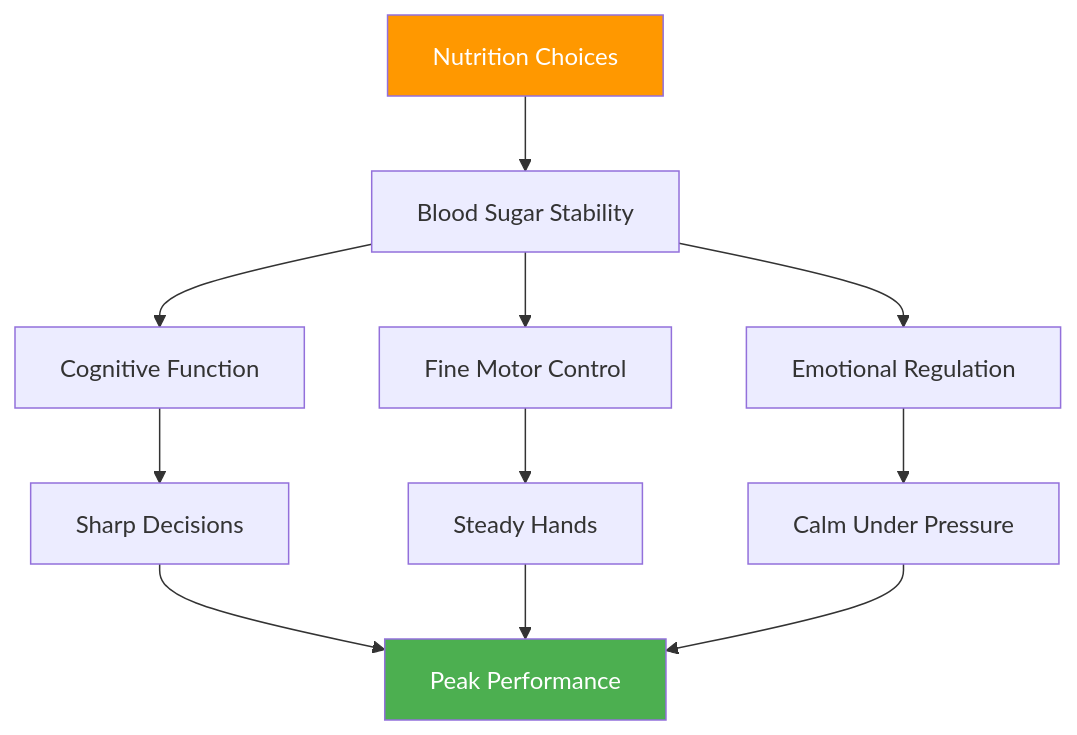
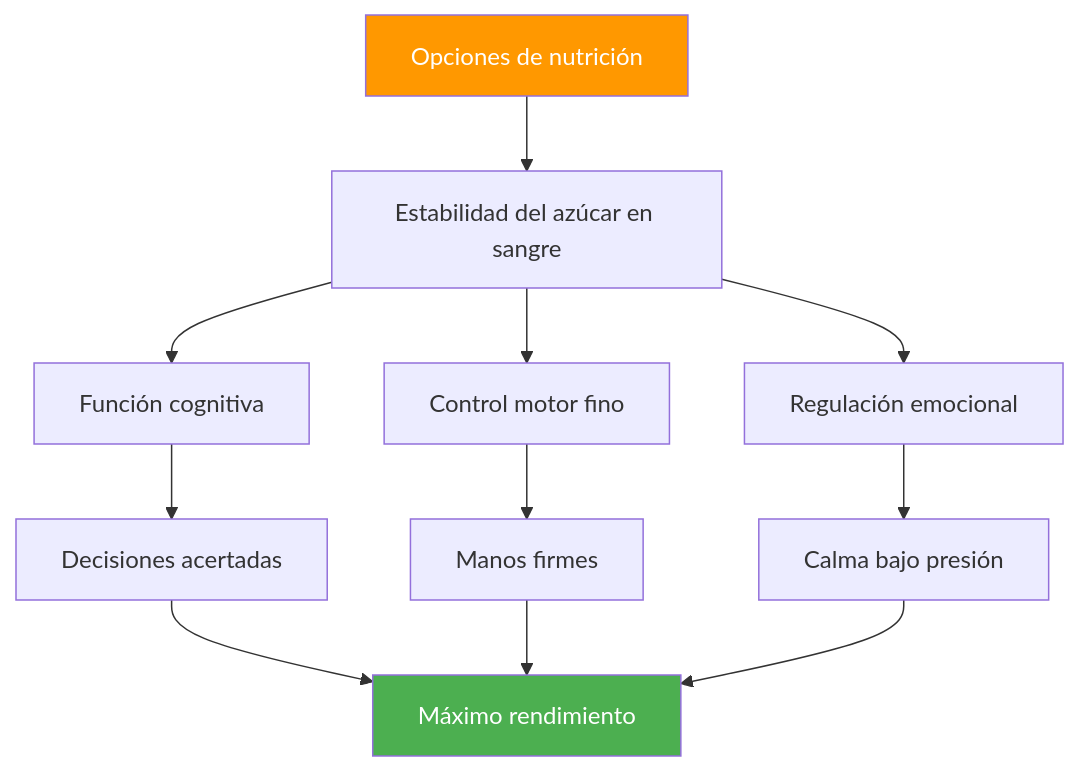
Before and after one commit to patwii/petanque-academy: the diagram in docs/es/articles/nutrition-competition.md, drawn with Mermaid. The commit also changed other lines of this file and 550 other files, not shown here.

````diff
--- a/docs/es/articles/nutrition-competition.md
+++ b/docs/es/articles/nutrition-competition.md
@@ -22,18 +22,18 @@
 ```mermaid
 flowchart TD
-    A[Nutrition Choices] --> B[Blood Sugar Stability]
-    B --> C[Cognitive Function]
-    B --> D[Fine Motor Control]
-    B --> E[Emotional Regulation]
+    A[Opciones de nutrición] --> B[Estabilidad del azúcar en sangre]
+    B --> C[Función cognitiva]
+    B --> D[Control motor fino]
+    B --> E[Regulación emocional]
 
-    C --> F[Sharp Decisions]
-    D --> G[Steady Hands]
-    E --> H[Calm Under Pressure]
+    C --> F[Decisiones acertadas]
+    D --> G[Manos firmes]
+    E --> H[Calma bajo presión]
 
-    F --> I[Peak Performance]
+    F --> I[Máximo rendimiento]
     G --> I
     H --> I
 
     style A fill:#FF9800,color:#fff
     style I fill:#4CAF50,color:#fff
 ```
````
